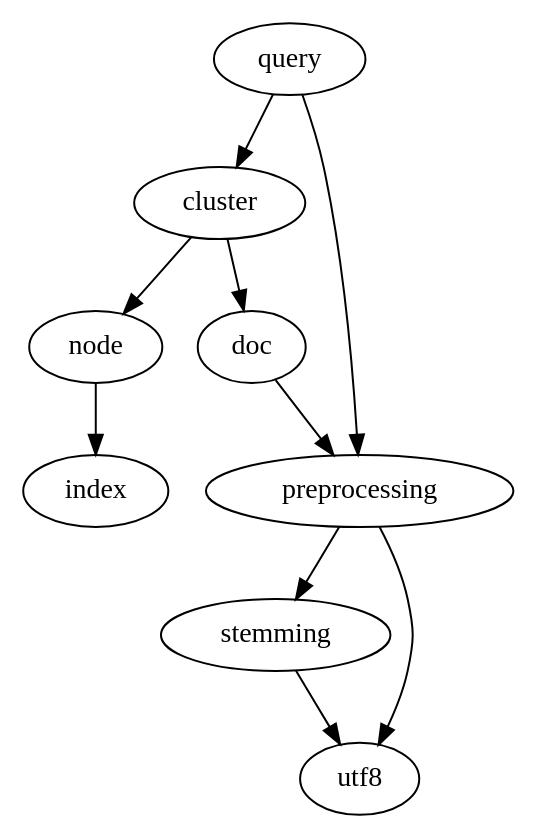
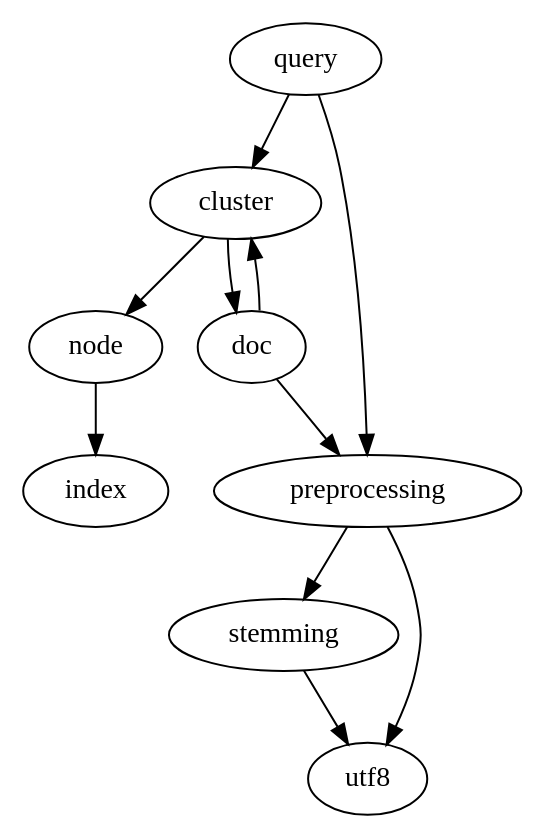
The diagram in doc/apps-dependencies.dot (moretea/doko), drawn with Graphviz before and after one commit. The commit also changed 3 other files, not shown here.

```diff
--- a/doc/apps-dependencies.dot
+++ b/doc/apps-dependencies.dot
@@ -1,11 +1,12 @@
 digraph g {
         cluster       -> doc;
         cluster       -> "node";
+        doc           -> cluster;
         doc           -> preprocessing;
         "node"        -> index;
         preprocessing -> stemming;
         preprocessing -> utf8;
         query         -> cluster;
         query         -> preprocessing;
         stemming      -> utf8;
 }
```
